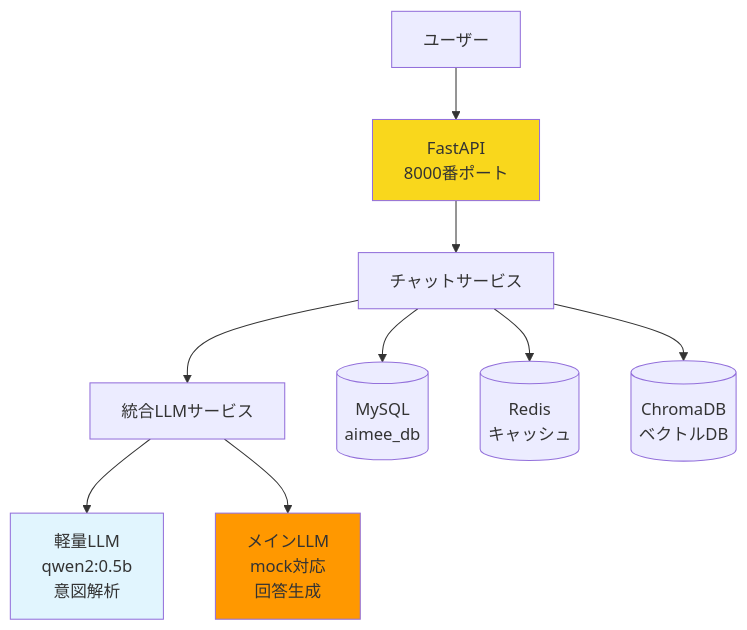
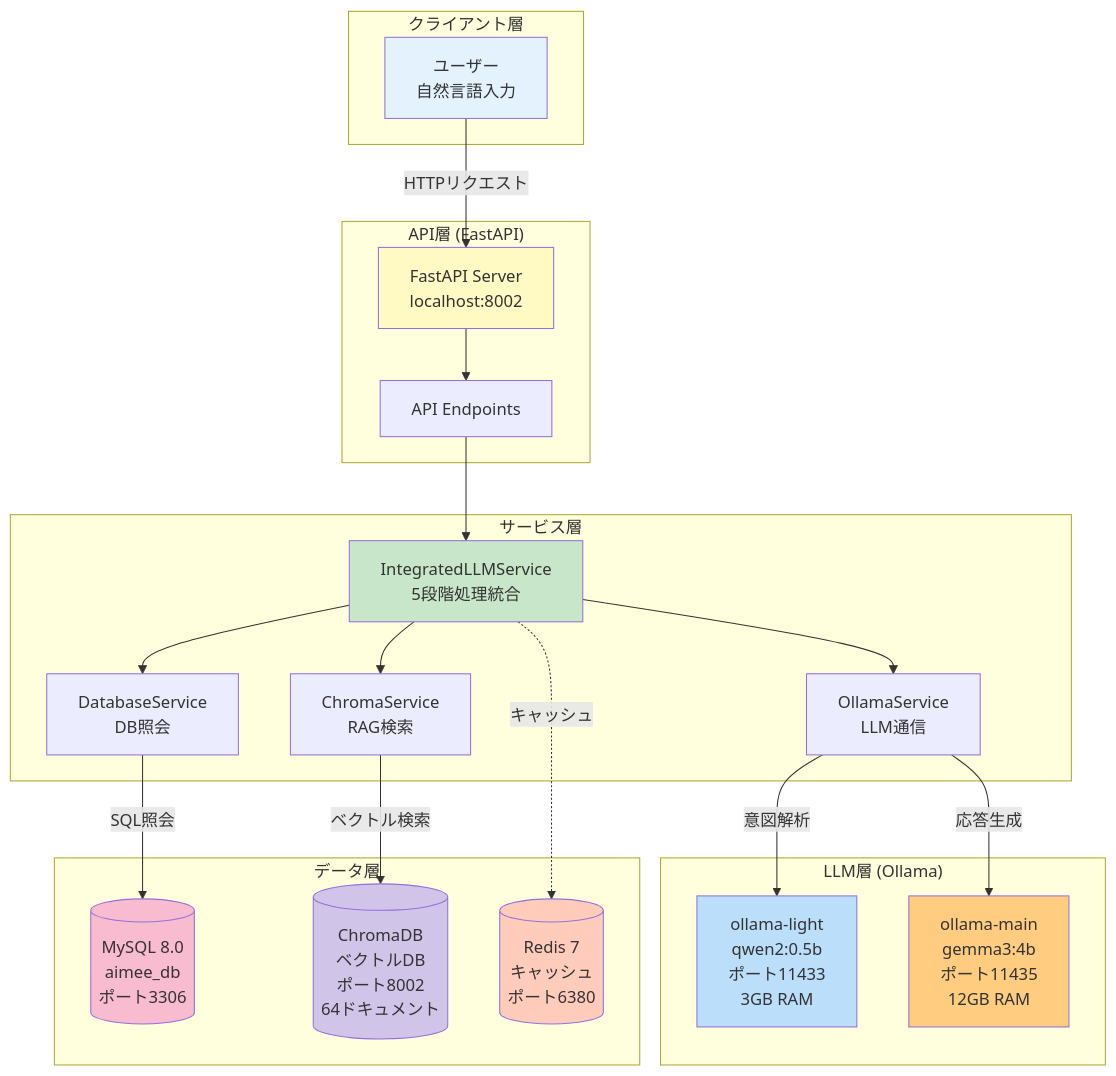
The first of 2 diagrams in README.md (EraX-1/aimee-be), drawn with Mermaid before and after one commit. The commit also changed other lines of this file and 36 other files, not shown here.

````diff
--- a/README.md
+++ b/README.md
@@ -11,18 +11,53 @@
 ```mermaid
 graph TB
-    User[ユーザー] --> API[FastAPI<br/>8000番ポート]
-    
-    API --> ChatService[チャットサービス]
-    
-    ChatService --> IntegratedLLM[統合LLMサービス]
-    IntegratedLLM --> LightLLM[軽量LLM<br/>qwen2:0.5b<br/>意図解析]
-    IntegratedLLM --> MainLLM[メインLLM<br/>mock対応<br/>回答生成]
-    
-    ChatService --> DB[(MySQL<br/>aimee_db)]
-    ChatService --> Redis[(Redis<br/>キャッシュ)]
-    ChatService --> ChromaDB[(ChromaDB<br/>ベクトルDB)]
-    
-    style API fill:#f9d71c
-    style LightLLM fill:#e1f5fe
-    style MainLLM fill:#ff9800
+    subgraph "クライアント層"
+        User[ユーザー<br/>自然言語入力]
+    end
+
+    subgraph "API層 (FastAPI)"
+        API[FastAPI Server<br/>localhost:8002]
+        Endpoints[API Endpoints]
+        API --> Endpoints
+    end
+
+    subgraph "サービス層"
+        IntegratedLLM[IntegratedLLMService<br/>5段階処理統合]
+        OllamaService[OllamaService<br/>LLM通信]
+        ChromaService[ChromaService<br/>RAG検索]
+        DBService[DatabaseService<br/>DB照会]
+    end
+
+    subgraph "LLM層 (Ollama)"
+        LightLLM[ollama-light<br/>qwen2:0.5b<br/>ポート11433<br/>3GB RAM]
+        MainLLM[ollama-main<br/>gemma3:4b<br/>ポート11435<br/>12GB RAM]
+    end
+
+    subgraph "データ層"
+        MySQL[(MySQL 8.0<br/>aimee_db<br/>ポート3306)]
+        ChromaDB[(ChromaDB<br/>ベクトルDB<br/>ポート8002<br/>64ドキュメント)]
+        Redis[(Redis 7<br/>キャッシュ<br/>ポート6380)]
+    end
+
+    User -->|HTTPリクエスト| API
+    Endpoints --> IntegratedLLM
+
+    IntegratedLLM --> OllamaService
+    IntegratedLLM --> ChromaService
+    IntegratedLLM --> DBService
+
+    OllamaService -->|意図解析| LightLLM
+    OllamaService -->|応答生成| MainLLM
+
+    ChromaService -->|ベクトル検索| ChromaDB
+    DBService -->|SQL照会| MySQL
+    IntegratedLLM -.->|キャッシュ| Redis
+
+    style User fill:#e3f2fd
+    style API fill:#fff9c4
+    style IntegratedLLM fill:#c8e6c9
+    style LightLLM fill:#bbdefb
+    style MainLLM fill:#ffcc80
+    style MySQL fill:#f8bbd0
+    style ChromaDB fill:#d1c4e9
+    style Redis fill:#ffccbc
 ```
````
